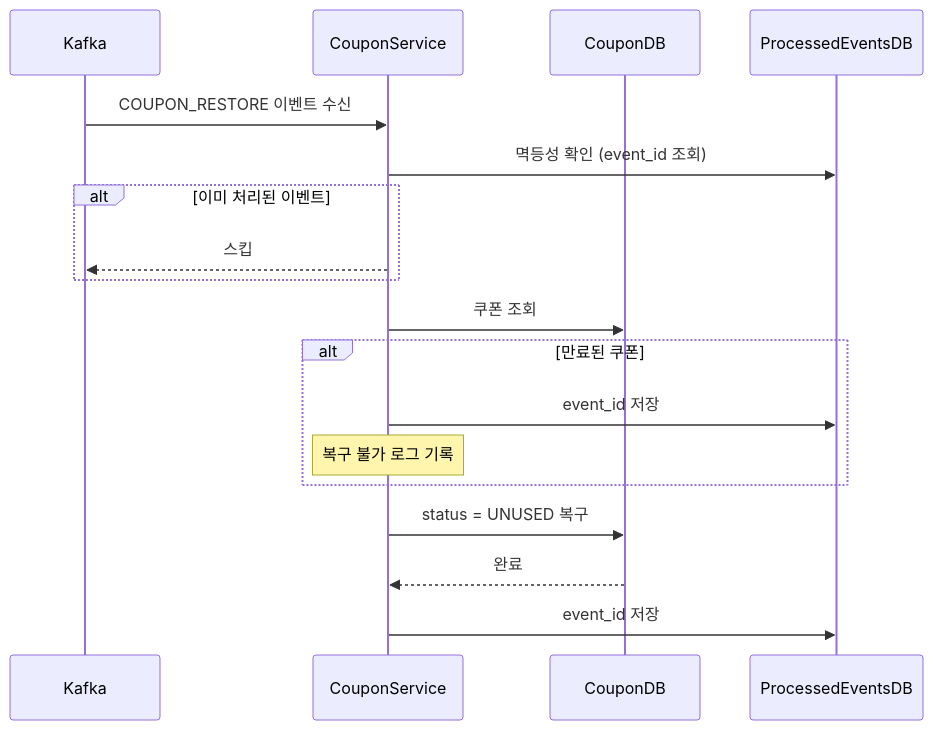
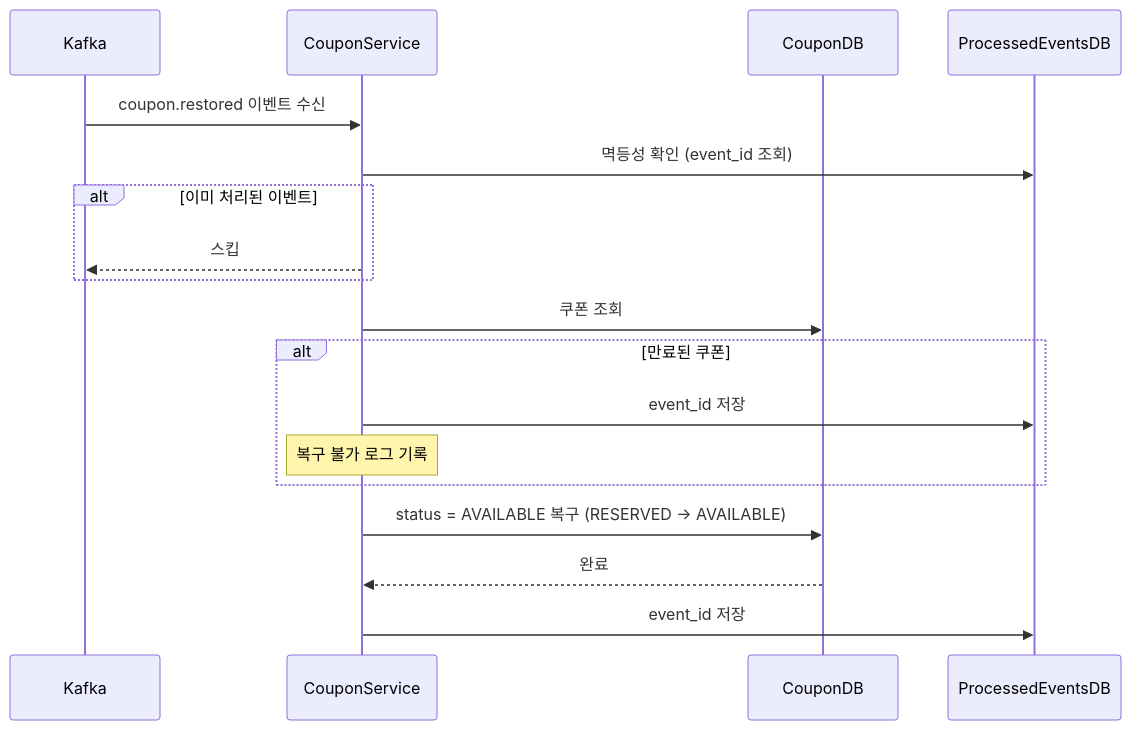
Diagram 13 of 20 in docs/08.sequence.md (OMC-2/OMC), drawn with Mermaid before and after one commit. The commit also changed other lines of this file and 5 other files, not shown here.

````diff
--- a/docs/08.sequence.md
+++ b/docs/08.sequence.md
@@ -380,21 +380,21 @@
 ```mermaid
 sequenceDiagram
     participant Kafka
     participant CouponService
     participant CouponDB
     participant ProcessedEventsDB
 
-    Kafka->>CouponService: COUPON_RESTORE 이벤트 수신
+    Kafka->>CouponService: coupon.restored 이벤트 수신
     CouponService->>ProcessedEventsDB: 멱등성 확인 (event_id 조회)
     alt 이미 처리된 이벤트
         CouponService-->>Kafka: 스킵
     end
     CouponService->>CouponDB: 쿠폰 조회
     alt 만료된 쿠폰
         CouponService->>ProcessedEventsDB: event_id 저장
         Note over CouponService: 복구 불가 로그 기록
     end
-    CouponService->>CouponDB: status = UNUSED 복구
+    CouponService->>CouponDB: status = AVAILABLE 복구 (RESERVED → AVAILABLE)
     CouponDB-->>CouponService: 완료
     CouponService->>ProcessedEventsDB: event_id 저장
 ```
````
